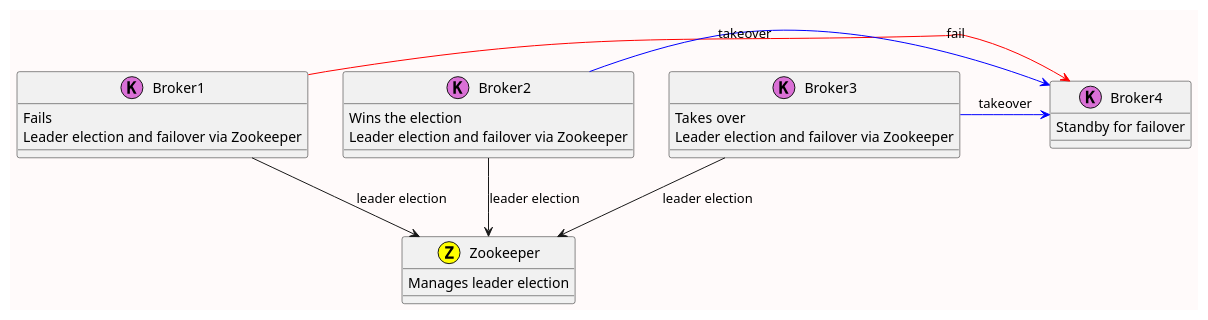
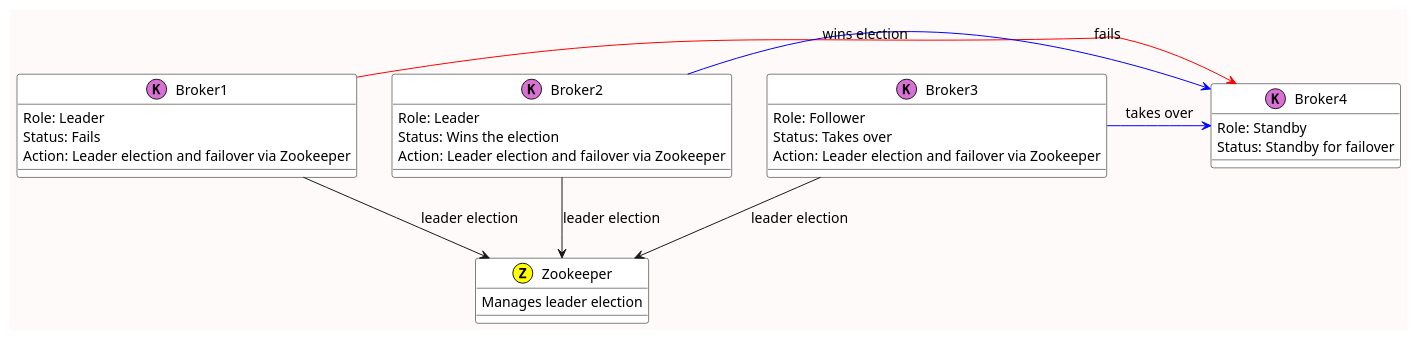
Before and after one commit to huangyingw/system_design: the diagram in architecture_diagrams/kafka_fault_handling_and_recovery.puml, drawn with PlantUML.

```diff
--- a/architecture_diagrams/kafka_fault_handling_and_recovery.puml
+++ b/architecture_diagrams/kafka_fault_handling_and_recovery.puml
@@ -1,31 +1,42 @@
 @startuml
 skinparam backgroundColor #FFFAFA
+skinparam defaultFontName Arial
+skinparam defaultFontSize 14
+skinparam class {
+    BackgroundColor white
+    BorderColor black
+    FontSize 14
+}
 
 class Broker1 << (K,orchid) >> {
-    Fails
-    Leader election and failover via Zookeeper
+    Role: Leader
+    Status: Fails
+    Action: Leader election and failover via Zookeeper
 }
 class Broker2 << (K,orchid) >> {
-    Wins the election
-    Leader election and failover via Zookeeper
+    Role: Leader
+    Status: Wins the election
+    Action: Leader election and failover via Zookeeper
 }
 class Broker3 << (K,orchid) >> {
-    Takes over
-    Leader election and failover via Zookeeper
+    Role: Follower
+    Status: Takes over
+    Action: Leader election and failover via Zookeeper
 }
 class Broker4 << (K,orchid) >> {
-    Standby for failover
+    Role: Standby
+    Status: Standby for failover
 }
 class Zookeeper << (Z,yellow) >> {
     Manages leader election
 }
 
 Broker1 --> Zookeeper : leader election
 Broker2 --> Zookeeper : leader election
 Broker3 --> Zookeeper : leader election
 
-Broker1 -[#red]> Broker4 : fail
-Broker2 -[#blue]> Broker4 : takeover
-Broker3 -[#blue]> Broker4 : takeover
+Broker1 -[#red]> Broker4 : fails
+Broker2 -[#blue]> Broker4 : wins election
+Broker3 -[#blue]> Broker4 : takes over
 
 @enduml
```
